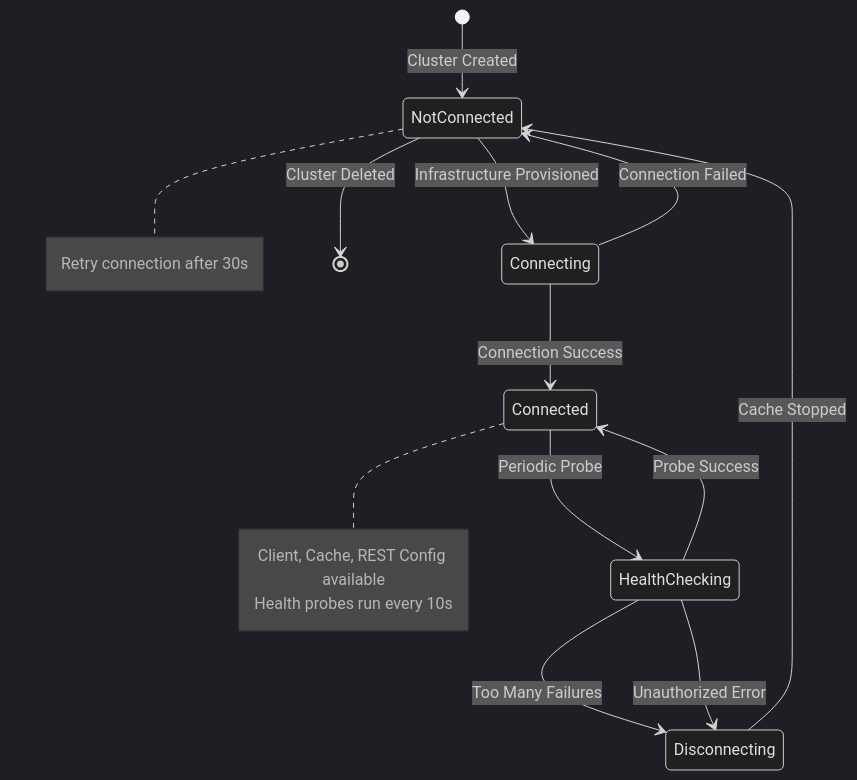
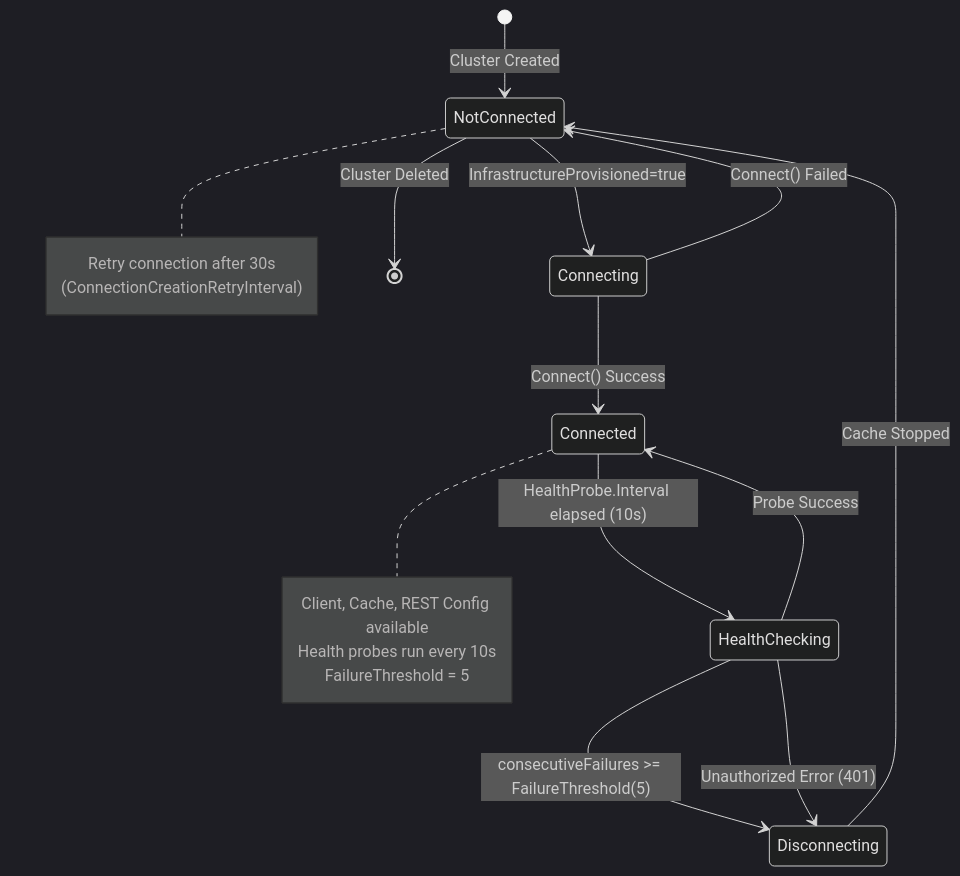
One commit to seanyen/cluster-api changed the second of 4 diagrams in ai-gen/controllers/clustercache-controller.md. Above: the diagram before and after it, drawn with Mermaid (dark theme). The commit also changed other lines of this file and 5 other files, not shown here.

````diff
--- a/ai-gen/controllers/clustercache-controller.md
+++ b/ai-gen/controllers/clustercache-controller.md
@@ -77,25 +77,27 @@
 ```mermaid
 stateDiagram-v2
     [*] --> NotConnected: Cluster Created
     
-    NotConnected --> Connecting: Infrastructure Provisioned
-    Connecting --> Connected: Connection Success
-    Connecting --> NotConnected: Connection Failed
+    NotConnected --> Connecting: InfrastructureProvisioned=true
+    Connecting --> Connected: Connect() Success
+    Connecting --> NotConnected: Connect() Failed
     
-    Connected --> HealthChecking: Periodic Probe
+    Connected --> HealthChecking: HealthProbe.Interval elapsed (10s)
     HealthChecking --> Connected: Probe Success
-    HealthChecking --> Disconnecting: Too Many Failures
-    HealthChecking --> Disconnecting: Unauthorized Error
+    HealthChecking --> Disconnecting: consecutiveFailures >= FailureThreshold(5)
+    HealthChecking --> Disconnecting: Unauthorized Error (401)
     
     Disconnecting --> NotConnected: Cache Stopped
     NotConnected --> [*]: Cluster Deleted
     
     note right of Connected
         Client, Cache, REST Config available
         Health probes run every 10s
+        FailureThreshold = 5
     end note
     
     note right of NotConnected
         Retry connection after 30s
+        (ConnectionCreationRetryInterval)
     end note
 ```
````
